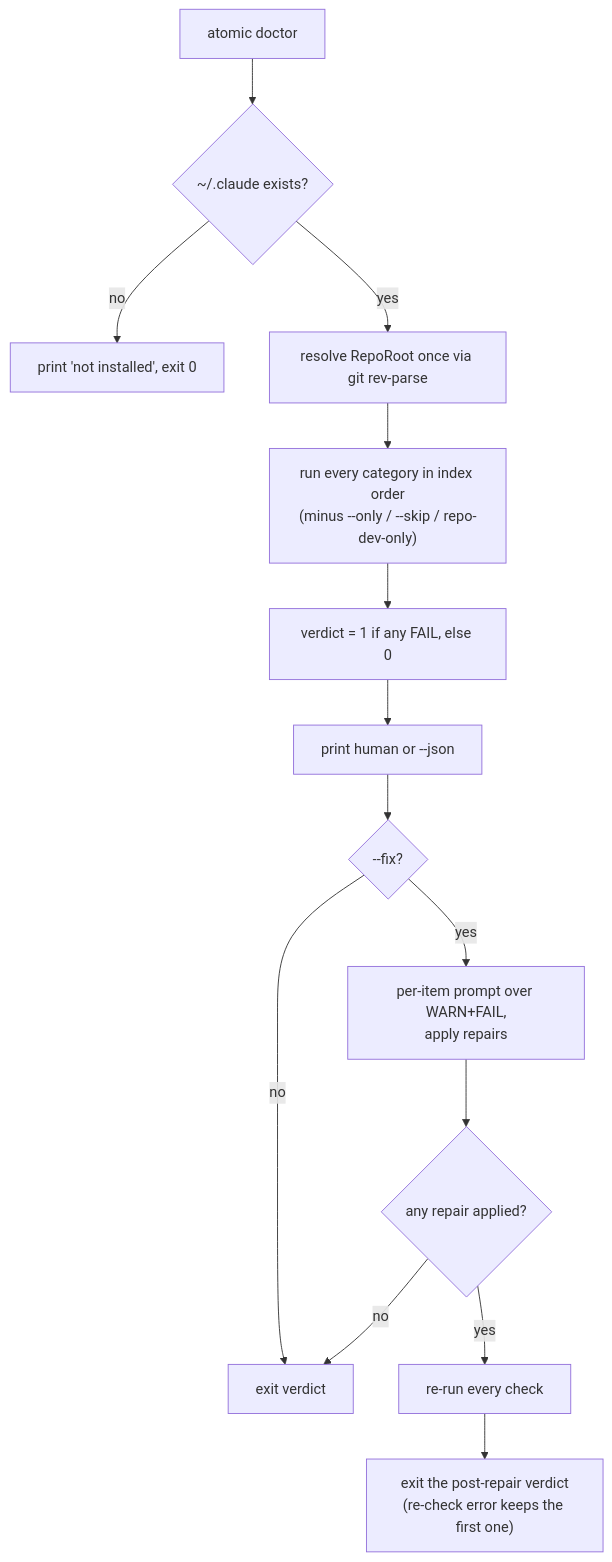
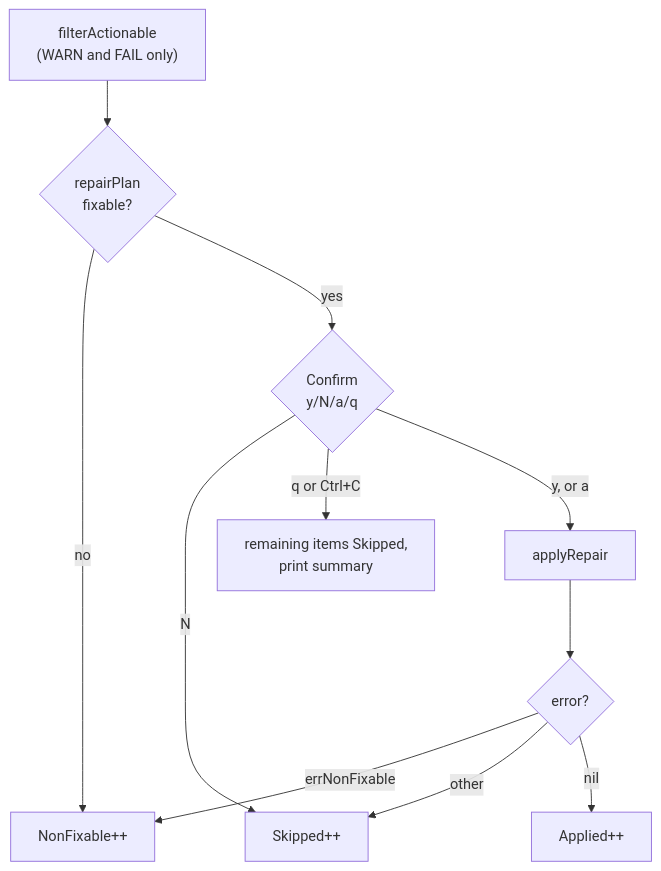
The second of 4 diagrams in docs/wiki/doctor.md (damusix/atomic-claude), drawn with Mermaid before and after one commit. The commit also changed other lines of this file and 19 other files, not shown here.

````diff
--- a/docs/wiki/doctor.md
+++ b/docs/wiki/doctor.md
@@ -19,16 +62,14 @@
 ```mermaid
 flowchart TD
-    A["atomic doctor"] --> B{"~/.claude exists?"}
-    B -->|no| C["print 'not installed', exit 0"]
-    B -->|yes| D["resolve RepoRoot once via git rev-parse"]
-    D --> E["run every category in index order<br/>(minus --only / --skip / repo-dev-only)"]
-    E --> F["verdict = 1 if any FAIL, else 0"]
-    F --> G["print human or --json"]
-    G --> H{"--fix?"}
-    H -->|no| J["exit verdict"]
-    H -->|yes| I["per-item prompt over WARN+FAIL,<br/>apply repairs"]
-    I --> K{"any repair applied?"}
-    K -->|no| J
-    K -->|yes| L["re-run every check"]
-    L --> M["exit the post-repair verdict<br/>(re-check error keeps the first one)"]
+    %% source: atomic/internal/doctor/fix.go, stdin_prompter.go
+    A["filterActionable<br/>(WARN and FAIL only)"] --> B{"repairPlan<br/>fixable?"}
+    B -->|no| N["NonFixable++"]
+    B -->|yes| C{"Confirm<br/>y/N/a/q"}
+    C -->|N| S["Skipped++"]
+    C -->|"q or Ctrl+C"| Q["remaining items Skipped,<br/>print summary"]
+    C -->|"y, or a"| R["applyRepair"]
+    R --> D{"error?"}
+    D -->|errNonFixable| N
+    D -->|other| S
+    D -->|nil| P["Applied++"]
 ```
````
